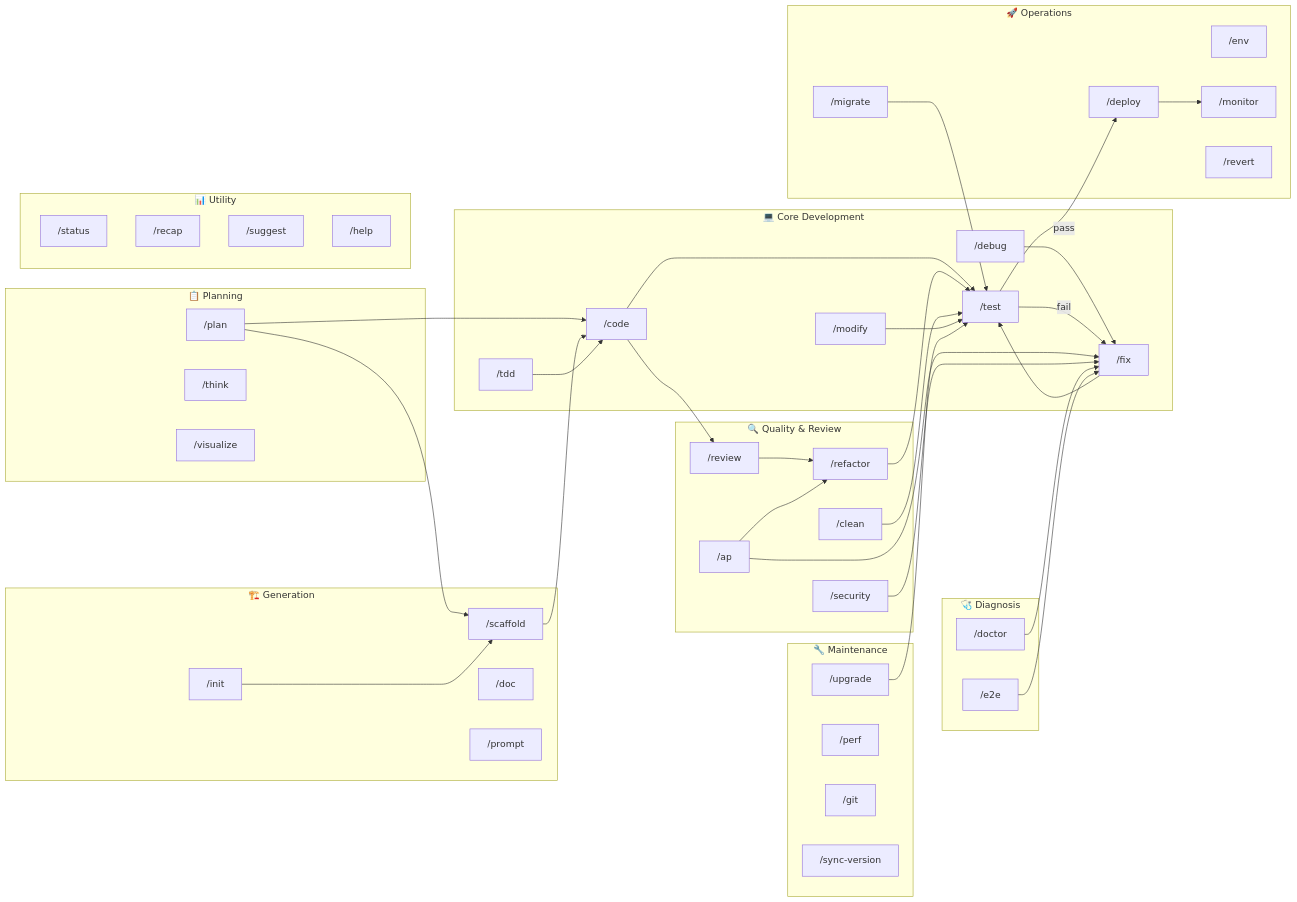
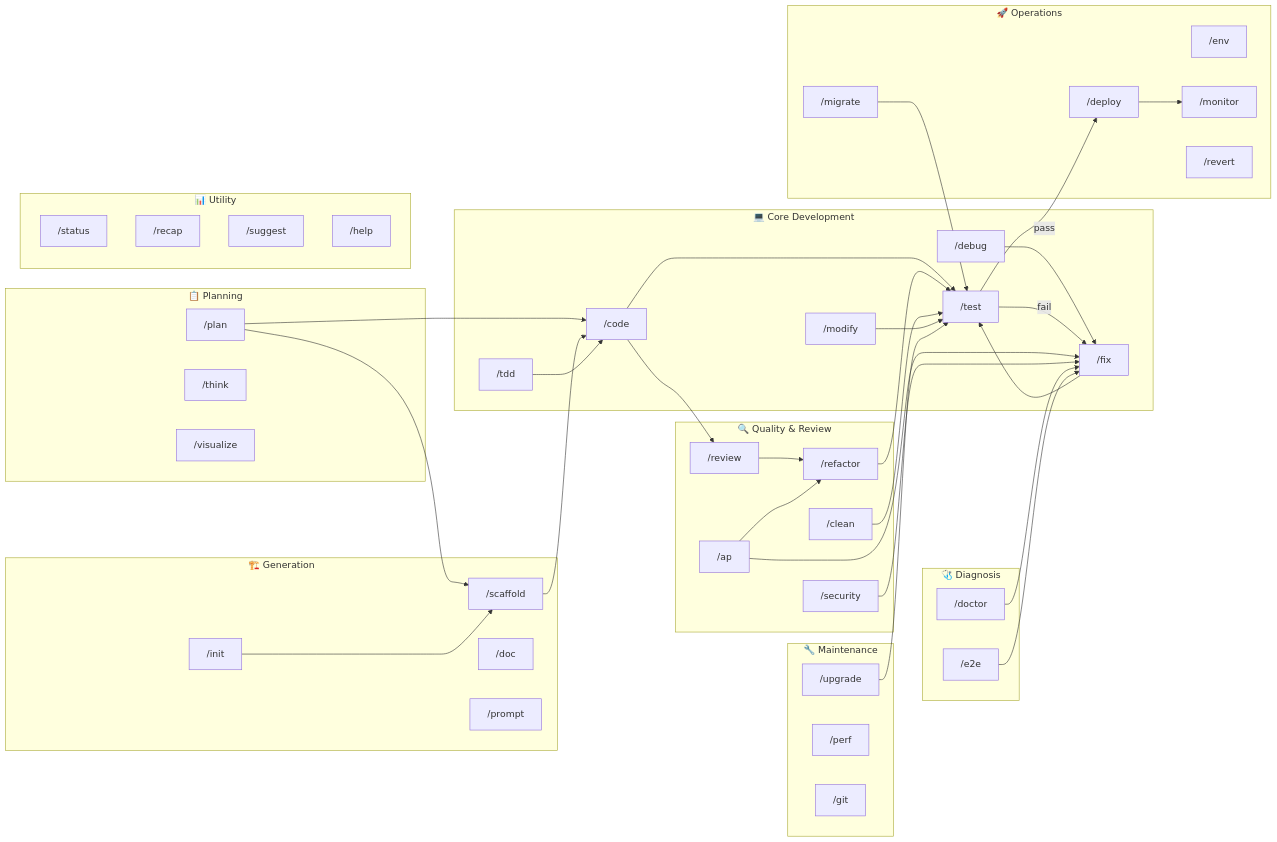
One commit to nockasdd/domyh-awf-code changed the first of 2 diagrams in .agent/workflows/workflow.md. Above: the diagram before and after it, drawn with Mermaid. The commit also changed other lines of this file and 692 other files, not shown here.

```diff
--- a/.agent/workflows/workflow.md
+++ b/.agent/workflows/workflow.md
@@ -88,7 +88,7 @@
         upgrade["/upgrade"]
         perf["/perf"]
         git["/git"]
-        syncver["/sync-version"]
+
     end
 
     subgraph utility["📊 Utility"]
```
